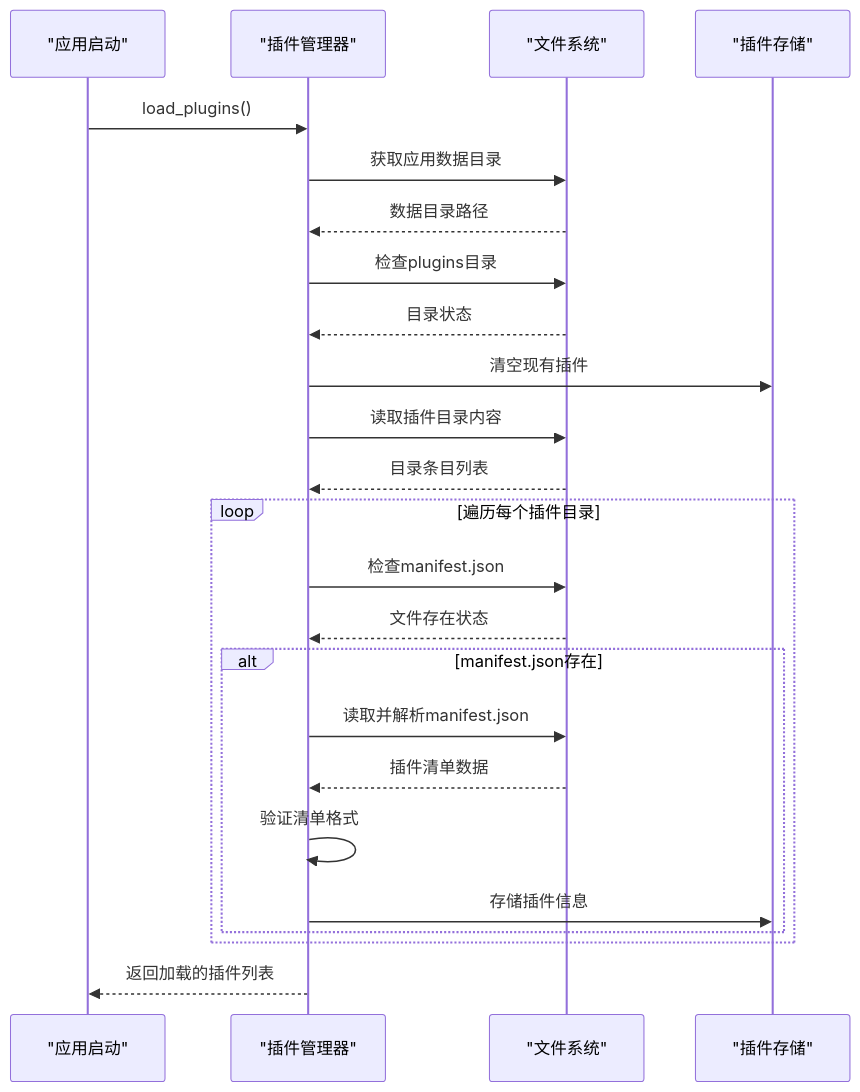
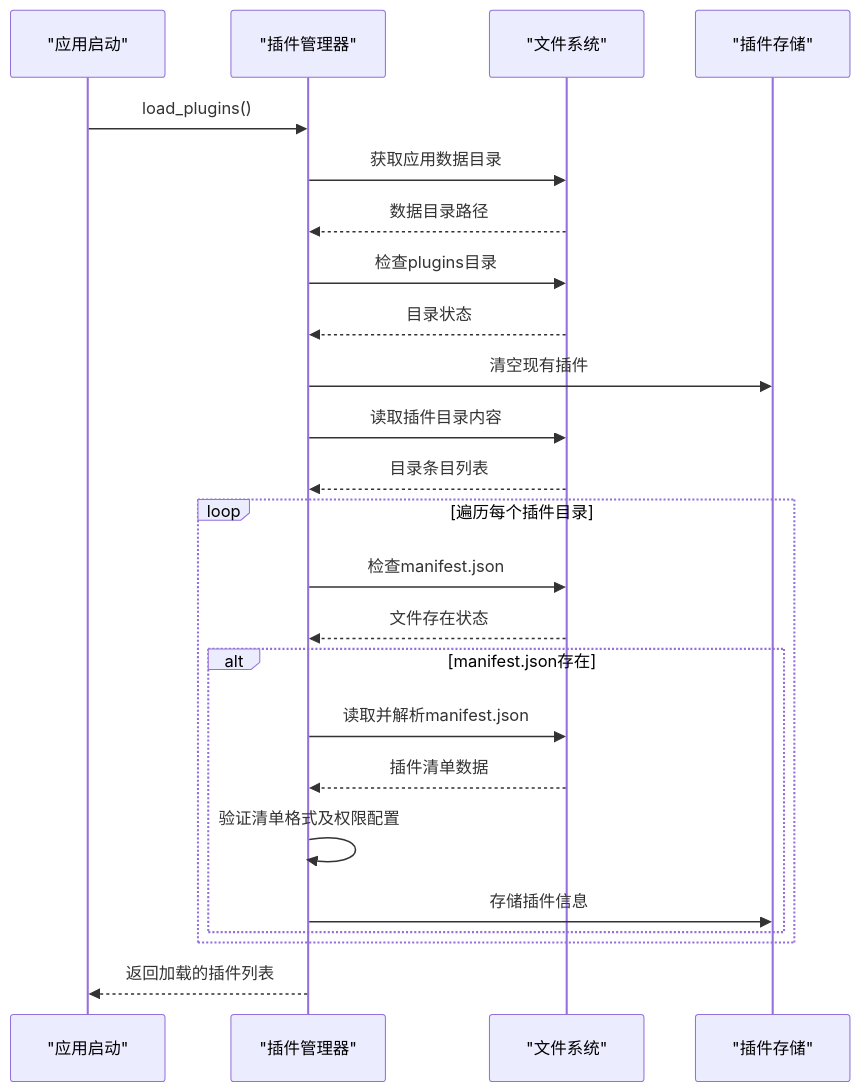
One commit to Onin-app/Onin changed the fourth of 12 diagrams in .qoder/repowiki/zh/content/核心功能详解/插件系统架构/插件加载与生命周期.md. Above: the diagram before and after it, drawn with Mermaid. The commit also changed other lines of this file and 14 other files, not shown here.

````diff
--- a/.qoder/repowiki/zh/content/核心功能详解/插件系统架构/插件加载与生命周期.md
+++ b/.qoder/repowiki/zh/content/核心功能详解/插件系统架构/插件加载与生命周期.md
@@ -193,26 +254,26 @@
 ```mermaid
 sequenceDiagram
 participant App as "应用启动"
 participant PM as "插件管理器"
 participant FS as "文件系统"
 participant Store as "插件存储"
 App->>PM : load_plugins()
 PM->>FS : 获取应用数据目录
 FS-->>PM : 数据目录路径
 PM->>FS : 检查plugins目录
 FS-->>PM : 目录状态
 PM->>Store : 清空现有插件
 PM->>FS : 读取插件目录内容
 FS-->>PM : 目录条目列表
 loop 遍历每个插件目录
 PM->>FS : 检查manifest.json
 FS-->>PM : 文件存在状态
 alt manifest.json存在
 PM->>FS : 读取并解析manifest.json
 FS-->>PM : 插件清单数据
-PM->>PM : 验证清单格式
+PM->>PM : 验证清单格式及权限配置
 PM->>Store : 存储插件信息
 end
 end
 PM-->>App : 返回加载的插件列表
 ```
````
